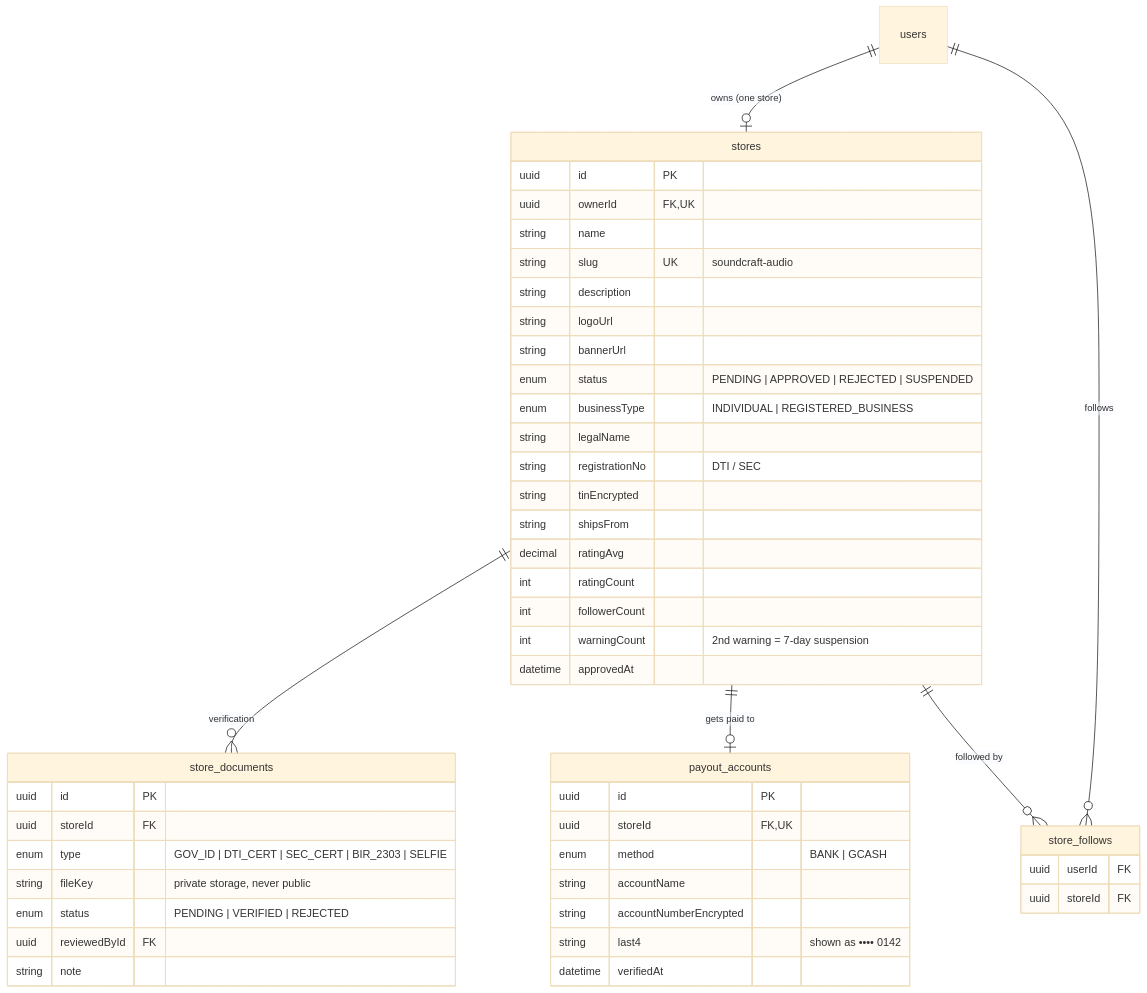
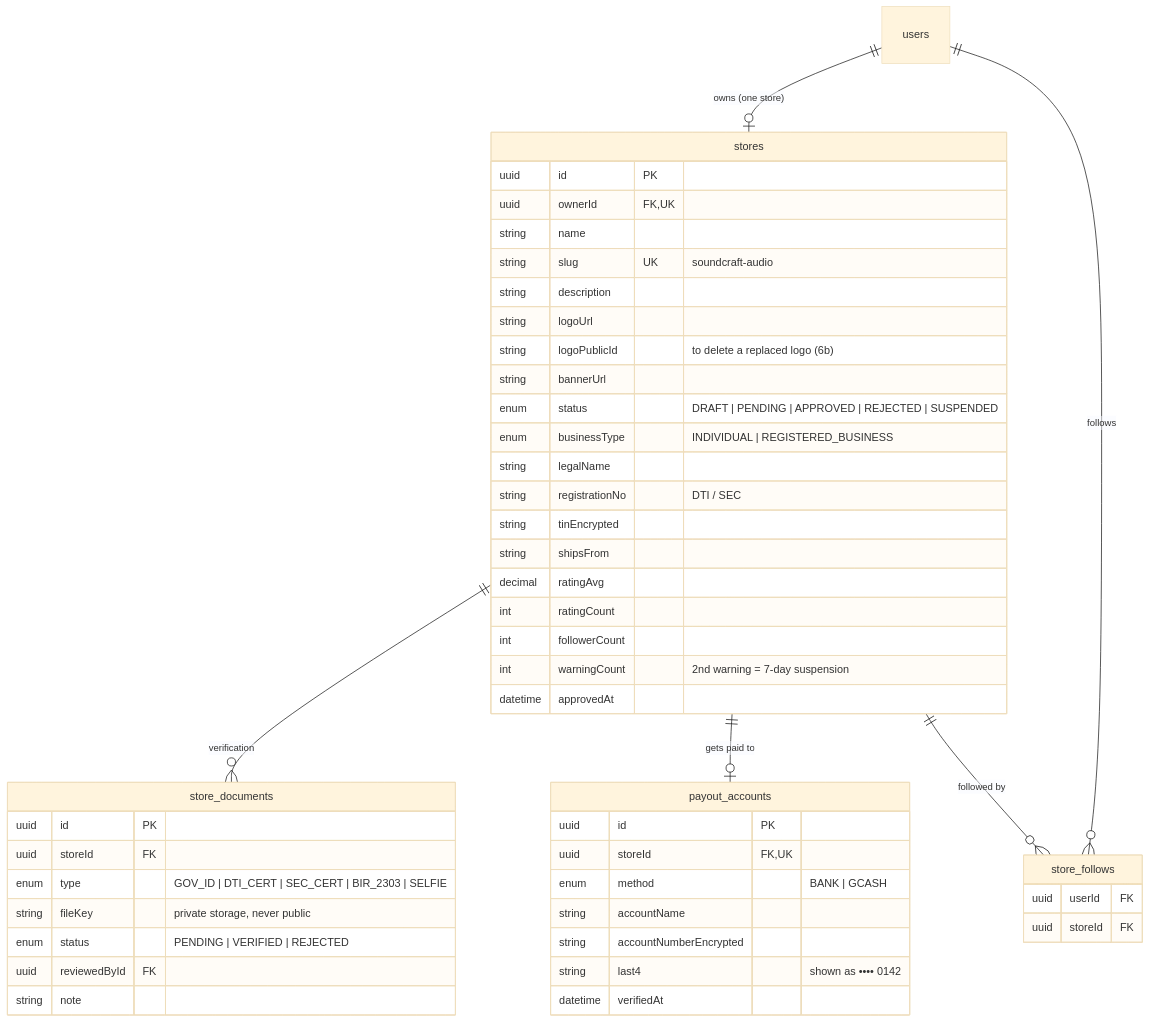
One commit to Justin-25/E-commerce-FullStack-project changed the second of 5 diagrams in backend/docs/database-design.md. Above: the diagram before and after it, drawn with Mermaid (base theme). The commit also changed other lines of this file and 29 other files, not shown here.

````diff
--- a/backend/docs/database-design.md
+++ b/backend/docs/database-design.md
@@ -127,50 +129,51 @@
 ```mermaid
 erDiagram
   users ||--o| stores : "owns (one store)"
   stores ||--o{ store_documents : "verification"
   stores ||--o| payout_accounts : "gets paid to"
   users ||--o{ store_follows : "follows"
   stores ||--o{ store_follows : "followed by"
   stores {
     uuid id PK
     uuid ownerId FK,UK
     string name
     string slug UK "soundcraft-audio"
     string description
     string logoUrl
+    string logoPublicId "to delete a replaced logo (6b)"
     string bannerUrl
-    enum status "PENDING | APPROVED | REJECTED | SUSPENDED"
+    enum status "DRAFT | PENDING | APPROVED | REJECTED | SUSPENDED"
     enum businessType "INDIVIDUAL | REGISTERED_BUSINESS"
     string legalName
     string registrationNo "DTI / SEC"
     string tinEncrypted
     string shipsFrom
     decimal ratingAvg
     int ratingCount
     int followerCount
     int warningCount "2nd warning = 7-day suspension"
     datetime approvedAt
   }
   store_documents {
     uuid id PK
     uuid storeId FK
     enum type "GOV_ID | DTI_CERT | SEC_CERT | BIR_2303 | SELFIE"
     string fileKey "private storage, never public"
     enum status "PENDING | VERIFIED | REJECTED"
     uuid reviewedById FK
     string note
   }
   payout_accounts {
     uuid id PK
     uuid storeId FK,UK
     enum method "BANK | GCASH"
     string accountName
     string accountNumberEncrypted
     string last4 "shown as •••• 0142"
     datetime verifiedAt
   }
   store_follows {
     uuid userId FK
     uuid storeId FK
   }
 ```
````
